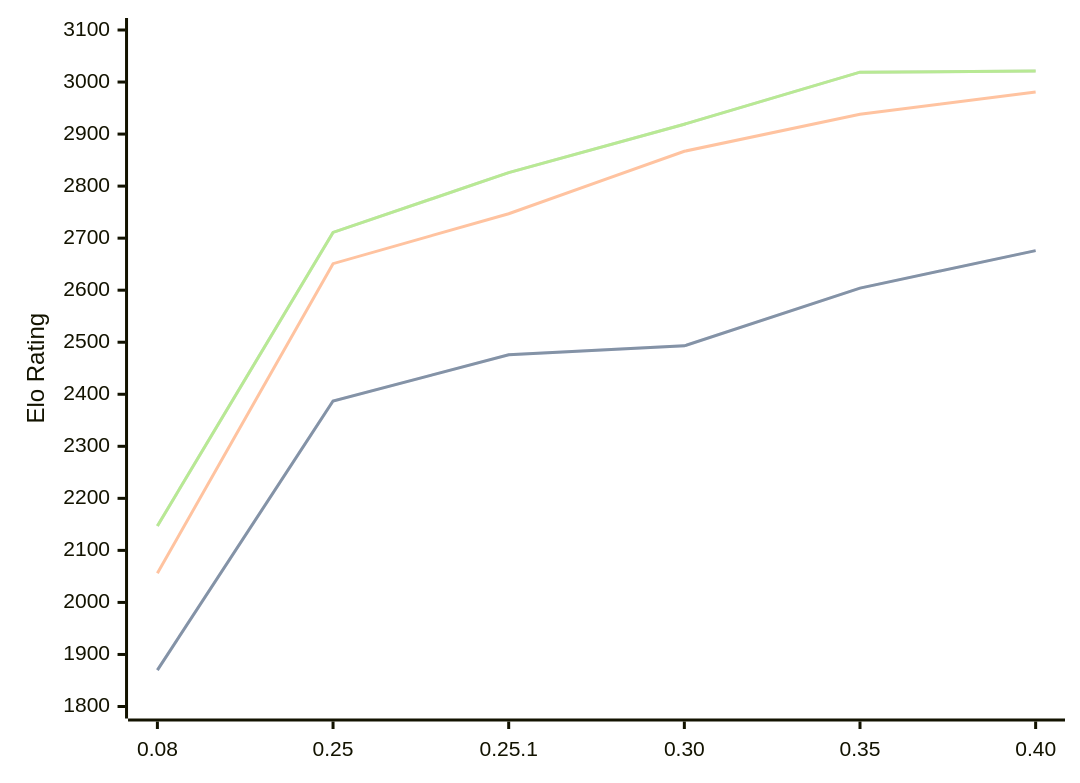
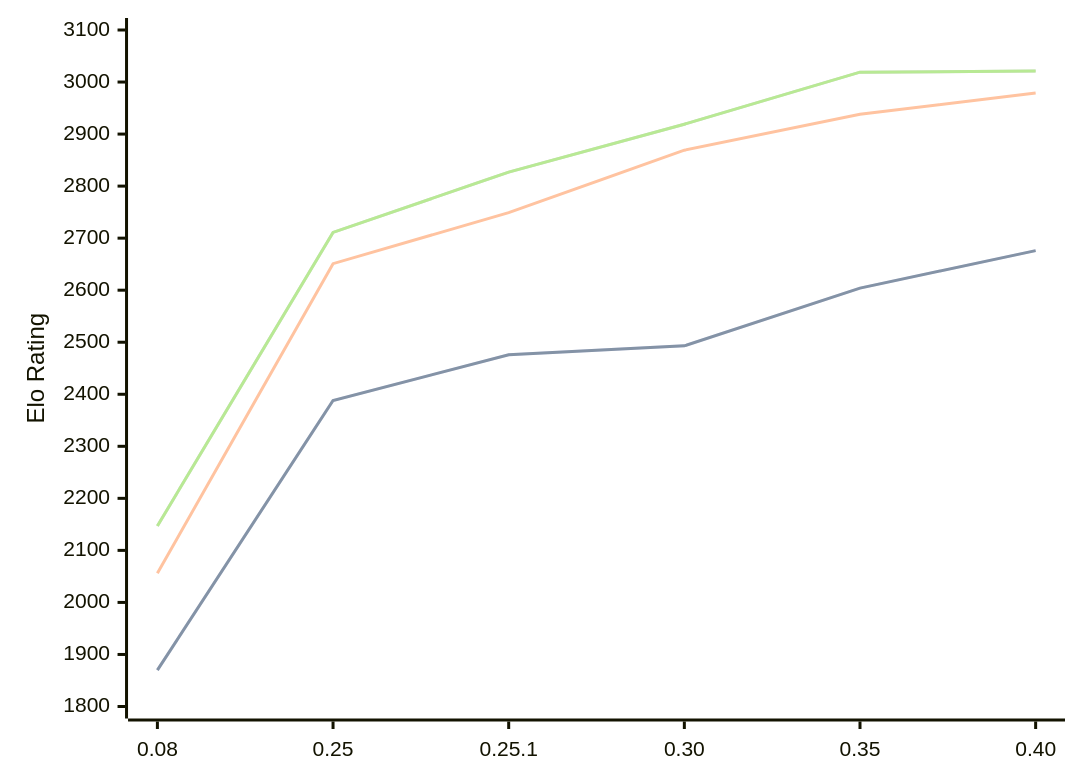
The first of 3 diagrams in engines/Gecko.md (computer-chess-index/cci), drawn with Mermaid before and after one commit. The commit also changed other lines of this file, not shown here.

Commit message:
Update CCI Ratings (ELO VLTC) - 2026-07-14

````diff
--- a/engines/Gecko.md
+++ b/engines/Gecko.md
@@ -36,11 +36,11 @@
 ```mermaid
 %%{init: {"theme":"base","themeVariables":{"seriesColors:['#a3a3a3','#222221','#faa371']}}}%%
 xychart-beta
   x-axis ["0.08", "0.25", "0.25.1", "0.30", "0.35", "0.40"]
   y-axis "Elo Rating" 1800 --> 3100
-  line "STC (8.0+0.08s)" [1870, 2387, 2476, 2493, 2604, 2676]
-  line "STC (8.0+0.08s)" [1870, 2387, 2476, 2493, 2604, 2676]
-  line "LTC (60.0+0.60s)" [2056, 2651, 2747, 2867, 2938, 2981]
-  line "VLTC (2m24s+1.12s)" [2147, 2711, 2826, 2919, 3019, 3021]
-  line "VLTC (2m24s+1.12s)" [2147, 2711, 2826, 2919, 3019, 3021]
+  line "STC (8.0+0.08s)" [1870, 2388, 2476, 2493, 2604, 2676]
+  line "STC (8.0+0.08s)" [1870, 2388, 2476, 2493, 2604, 2676]
+  line "LTC (60.0+0.60s)" [2056, 2651, 2749, 2869, 2938, 2979]
+  line "VLTC (2m24s+1.12s)" [2147, 2711, 2827, 2919, 3019, 3021]
+  line "VLTC (2m24s+1.12s)" [2147, 2711, 2827, 2919, 3019, 3021]
 ```
````
